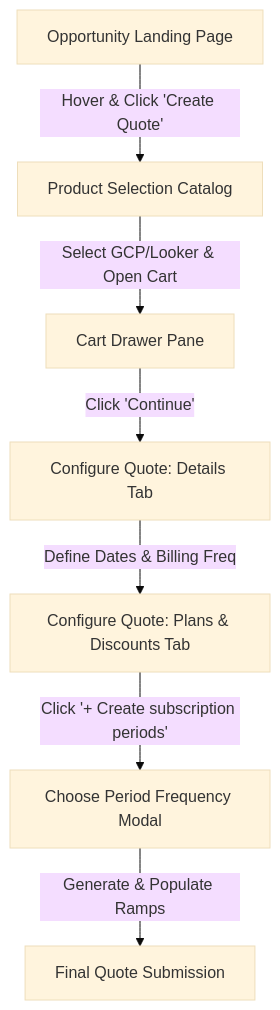
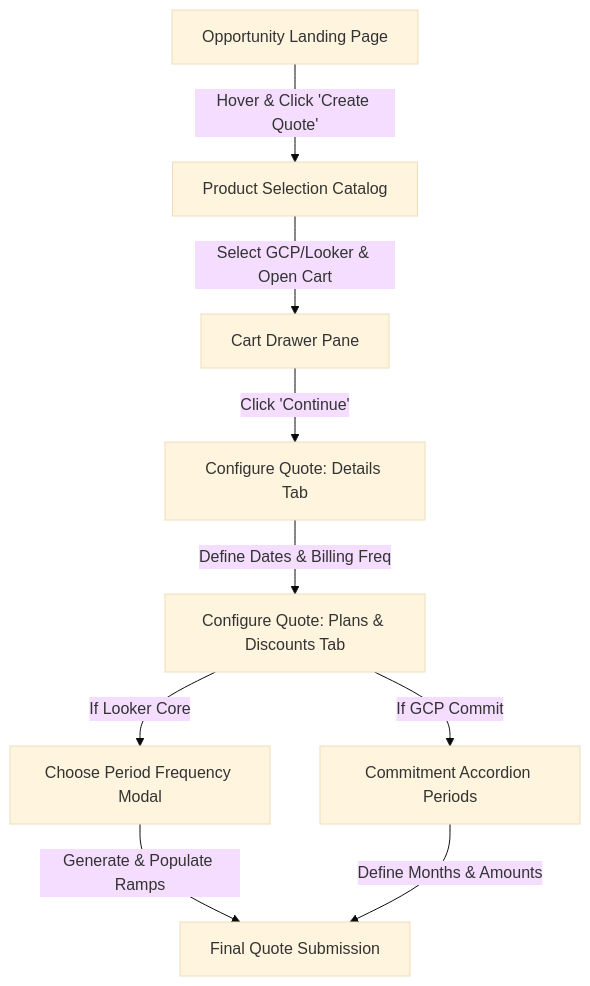
The first of 2 diagrams in specs/001-quote-subscription-flow/spec.md (Vidhathri2/sdd), drawn with Mermaid (base theme) before and after one commit. The commit also changed other lines of this file and 7 other files, not shown here.

````diff
--- a/specs/001-quote-subscription-flow/spec.md
+++ b/specs/001-quote-subscription-flow/spec.md
@@ -18,9 +18,11 @@
 ```mermaid
 graph TD
     A[Opportunity Landing Page] -->|Hover & Click 'Create Quote'| B[Product Selection Catalog]
     B -->|Select GCP/Looker & Open Cart| C[Cart Drawer Pane]
     C -->|Click 'Continue'| D[Configure Quote: Details Tab]
     D -->|Define Dates & Billing Freq| E[Configure Quote: Plans & Discounts Tab]
-    E -->|Click '+ Create subscription periods'| F[Choose Period Frequency Modal]
-    F -->|Generate & Populate Ramps| G[Final Quote Submission]
+    E -->|If Looker Core| F1[Choose Period Frequency Modal]
+    E -->|If GCP Commit| F2[Commitment Accordion Periods]
+    F1 -->|Generate & Populate Ramps| G[Final Quote Submission]
+    F2 -->|Define Months & Amounts| G
 ```
````
